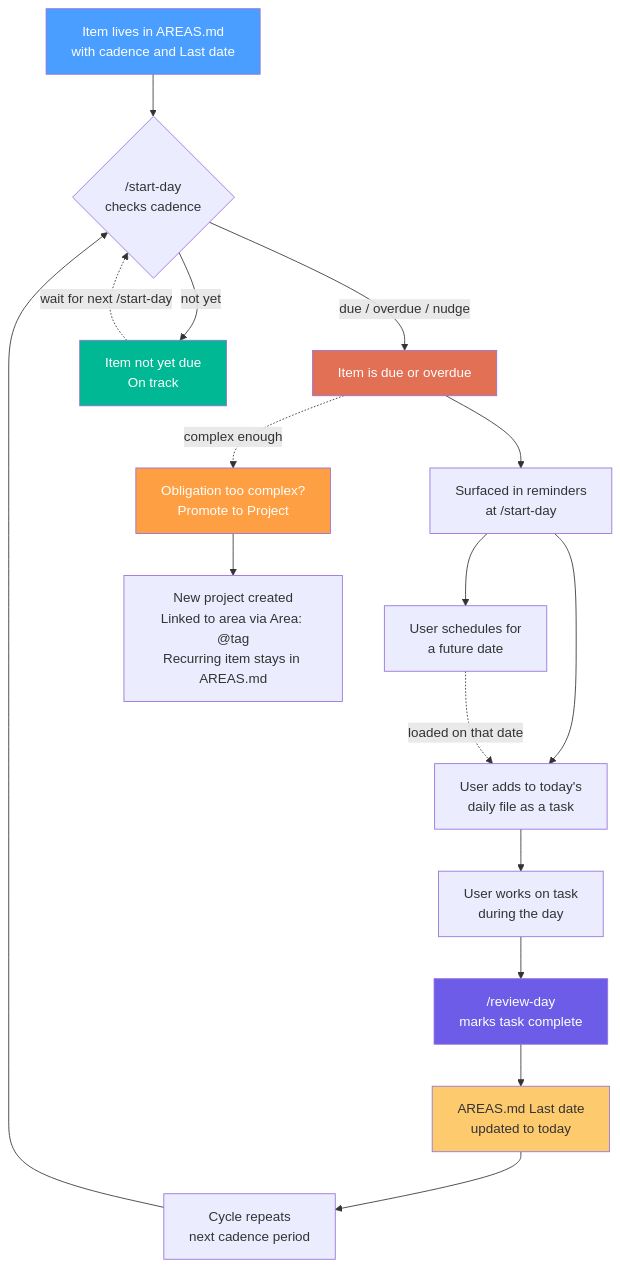
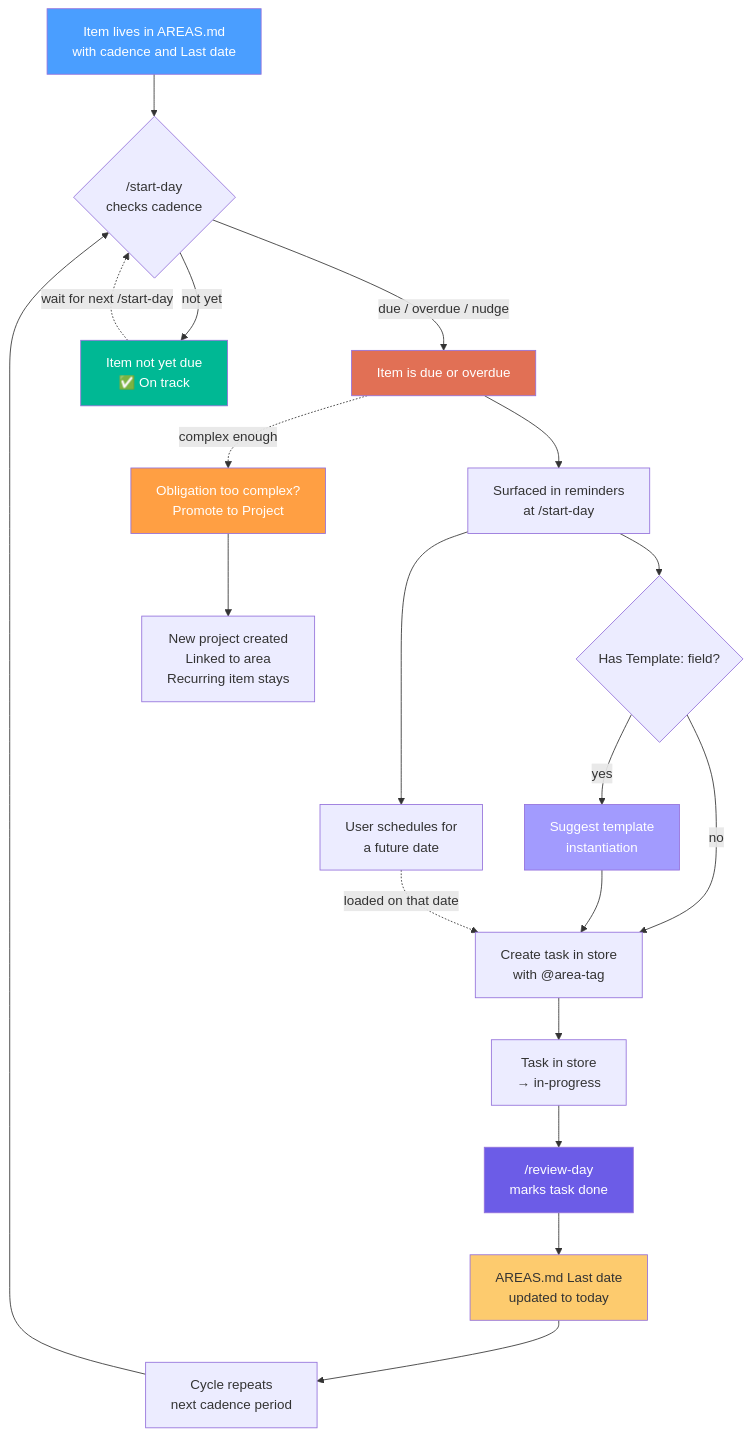
The third of 5 diagrams in docs/SYSTEM-ARCHITECTURE.md (OneAngryDBA/one-step-at-a-time), drawn with Mermaid before and after one commit. The commit also changed other lines of this file and 37 other files, not shown here.

First line of the commit message:
v4.0.0: Persistent task store, templates, area hierarchy (Phase 1)

````diff
--- a/docs/SYSTEM-ARCHITECTURE.md
+++ b/docs/SYSTEM-ARCHITECTURE.md
@@ -124,38 +203,44 @@
 ```mermaid
 flowchart TD
     Lives["Item lives in AREAS.md\nwith cadence and Last date"]
     Check{"/start-day\nchecks cadence"}
     Due["Item is due or overdue"]
-    NotDue["Item not yet due\n On track"]
+    NotDue["Item not yet due\n✅ On track"]
     Surface["Surfaced in reminders\nat /start-day"]
-    Add["User adds to today's\ndaily file as a task"]
+    Template{"Has Template: field?"}
+    InstTemplate["Suggest template\ninstantiation"]
+    AddTask["Create task in store\nwith @area-tag"]
     Future["User schedules for\na future date"]
-    WorkOn["User works on task\nduring the day"]
-    ReviewDay["/review-day\nmarks task complete"]
+    WorkOn["Task in store\n→ in-progress"]
+    ReviewDay["/review-day\nmarks task done"]
     UpdateLast["AREAS.md Last date\nupdated to today"]
     Cycle["Cycle repeats\nnext cadence period"]
     Promote["Obligation too complex?\nPromote to Project"]
 
     Lives --> Check
     Check -->|"due / overdue / nudge"| Due
     Check -->|"not yet"| NotDue
     NotDue -.->|"wait for next /start-day"| Check
     Due --> Surface
-    Surface --> Add
+    Surface --> Template
+    Template -->|yes| InstTemplate
+    Template -->|no| AddTask
+    InstTemplate --> AddTask
     Surface --> Future
-    Future -.->|"loaded on that date"| Add
-    Add --> WorkOn
+    Future -.->|"loaded on that date"| AddTask
+    AddTask --> WorkOn
     WorkOn --> ReviewDay
     ReviewDay --> UpdateLast
     UpdateLast --> Cycle
     Cycle --> Check
     Due -.->|"complex enough"| Promote
-    Promote --> NewProject["New project created\nLinked to area via Area: @tag\nRecurring item stays in AREAS.md"]
+    Promote --> NewProject["New project created\nLinked to area\nRecurring item stays"]
 
     style Lives fill:#4a9eff,color:#fff
     style Due fill:#e17055,color:#fff
     style NotDue fill:#00b894,color:#fff
     style ReviewDay fill:#6c5ce7,color:#fff
     style UpdateLast fill:#fdcb6e,color:#333
     style Promote fill:#ff9f43,color:#fff
+    style InstTemplate fill:#a29bfe,color:#fff
 ```
````
